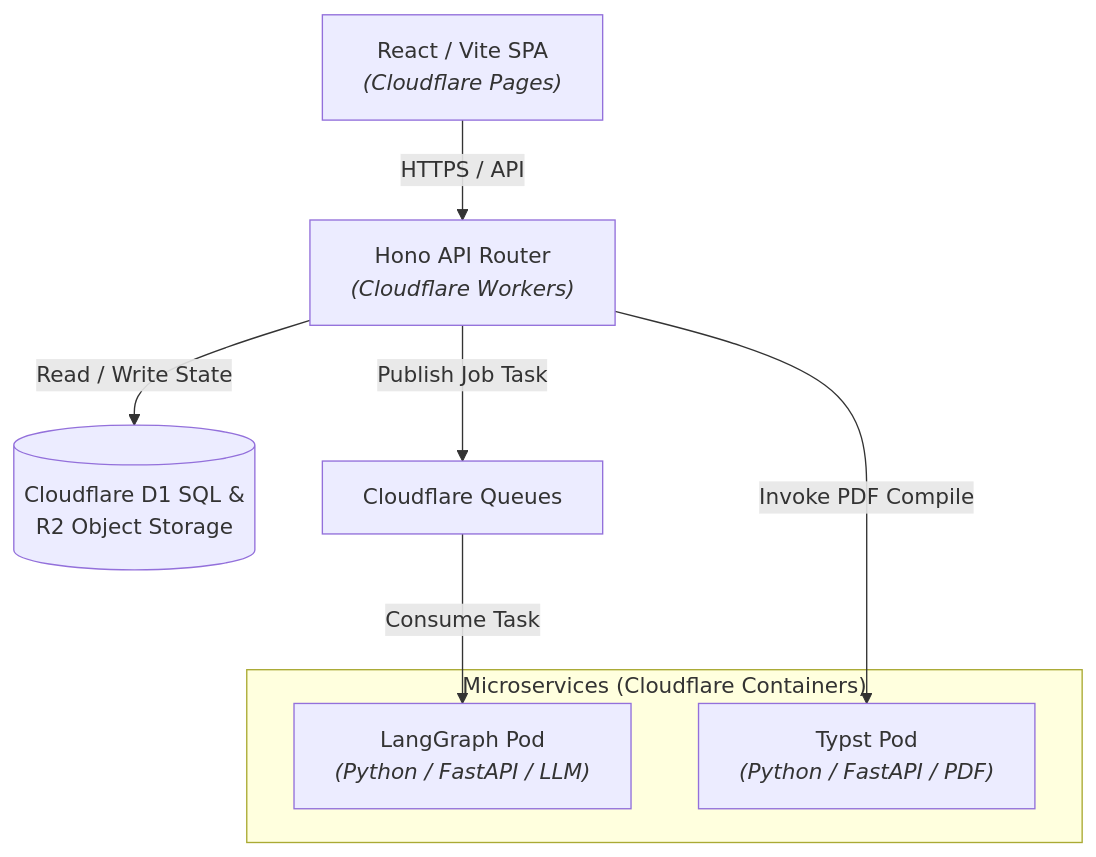
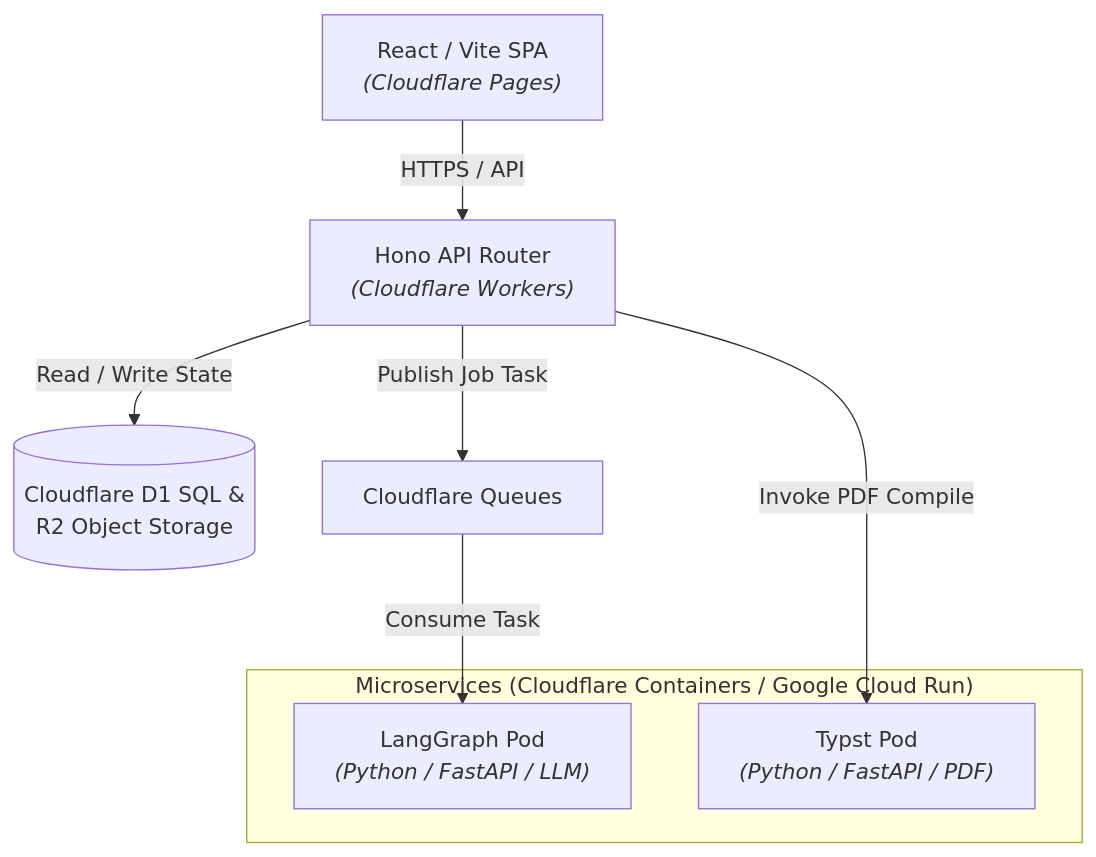
Before and after one commit to Jobbernaut/jobbernaut: the first of 4 diagrams in README.md, drawn with Mermaid. The commit also changed other lines of this file, not shown here.

Commit message:
Update infrastructure references to include Google Cloud Run

````diff
--- a/README.md
+++ b/README.md
@@ -53,19 +53,19 @@
 ```mermaid
 graph TD
     UI["React / Vite SPA<br><i>(Cloudflare Pages)</i>"]
     Router["Hono API Router<br><i>(Cloudflare Workers)</i>"]
     State[("Cloudflare D1 SQL &<br>R2 Object Storage")]
     Queue["Cloudflare Queues"]
     
-    subgraph Microservices ["Microservices (Cloudflare Containers)"]
+    subgraph Microservices ["Microservices (Cloudflare Containers / Google Cloud Run)"]
         LangGraph["LangGraph Pod<br><i>(Python / FastAPI / LLM)</i>"]
         Typst["Typst Pod<br><i>(Python / FastAPI / PDF)</i>"]
     end
 
     UI -->|HTTPS / API| Router
     Router -->|Read / Write State| State
     Router -->|Publish Job Task| Queue
     Queue -->|Consume Task| LangGraph
     Router -->|Invoke PDF Compile| Typst
 
 ```
````
